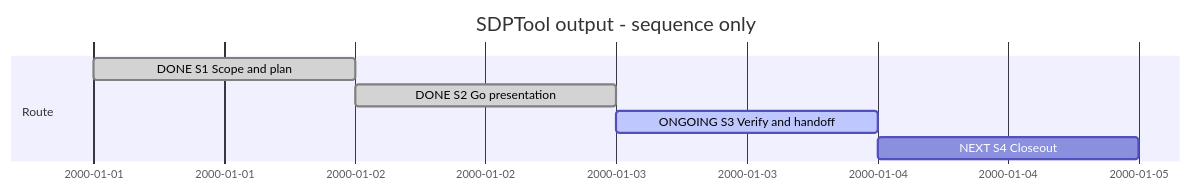
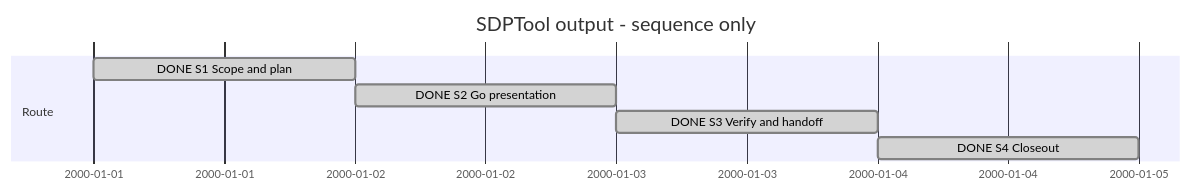
The diagram in SDP/Sessions/session-#0002--SDPTool_output.md (Hans-Einar/SDP), drawn with Mermaid before and after one commit. The commit also changed other lines of this file and 14 other files, not shown here.

````diff
--- a/SDP/Sessions/session-#0002--SDPTool_output.md
+++ b/SDP/Sessions/session-#0002--SDPTool_output.md
@@ -12,10 +14,10 @@
 ```mermaid
 gantt
     title SDPTool output - sequence only
     dateFormat YYYY-MM-DD
     section Route
     DONE S1 Scope and plan :done, s1, 2000-01-01, 1d
     DONE S2 Go presentation :done, s2, after s1, 1d
-    ONGOING S3 Verify and handoff :active, s3, after s2, 1d
-    NEXT S4 Closeout :s4, after s3, 1d
+    DONE S3 Verify and handoff :done, s3, after s2, 1d
+    DONE S4 Closeout :done,s4, after s3, 1d
 ```
````
